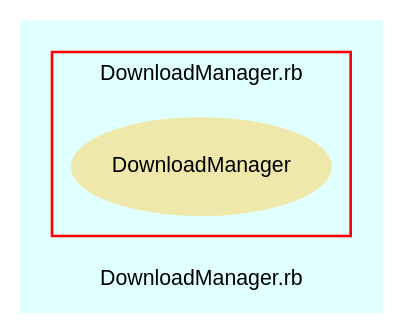
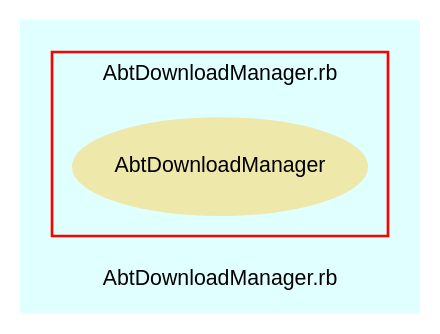
One commit to eschabell/abtlinux changed the diagram in src/trunk/doc/dot/f_2.dot. Above: the diagram before and after it, drawn with Graphviz. The commit also changed 41 other files, not shown here.

```diff
--- a/src/trunk/doc/dot/f_2.dot
+++ b/src/trunk/doc/dot/f_2.dot
@@ -1,28 +1,28 @@
 digraph TopLevel {
     compound = true
     bgcolor = lightcyan1
     fontname = Arial
     fontsize = 8
-    label = "DownloadManager.rb"
+    label = "AbtDownloadManager.rb"
     node [
         fontname = Arial,
         fontsize = 8,
         color = black
     ]
 
     subgraph cluster_3 {
         fontname = Arial
         color = red
-        label = "DownloadManager.rb"
-        DownloadManager [
+        label = "AbtDownloadManager.rb"
+        AbtDownloadManager [
             fontcolor = black,
-            URL = "classes/DownloadManager.html",
+            URL = "classes/AbtDownloadManager.html",
             shape = ellipse,
             color = palegoldenrod,
             style = filled,
-            label = "DownloadManager"
+            label = "AbtDownloadManager"
         ]
 
     }
 
 }
```
